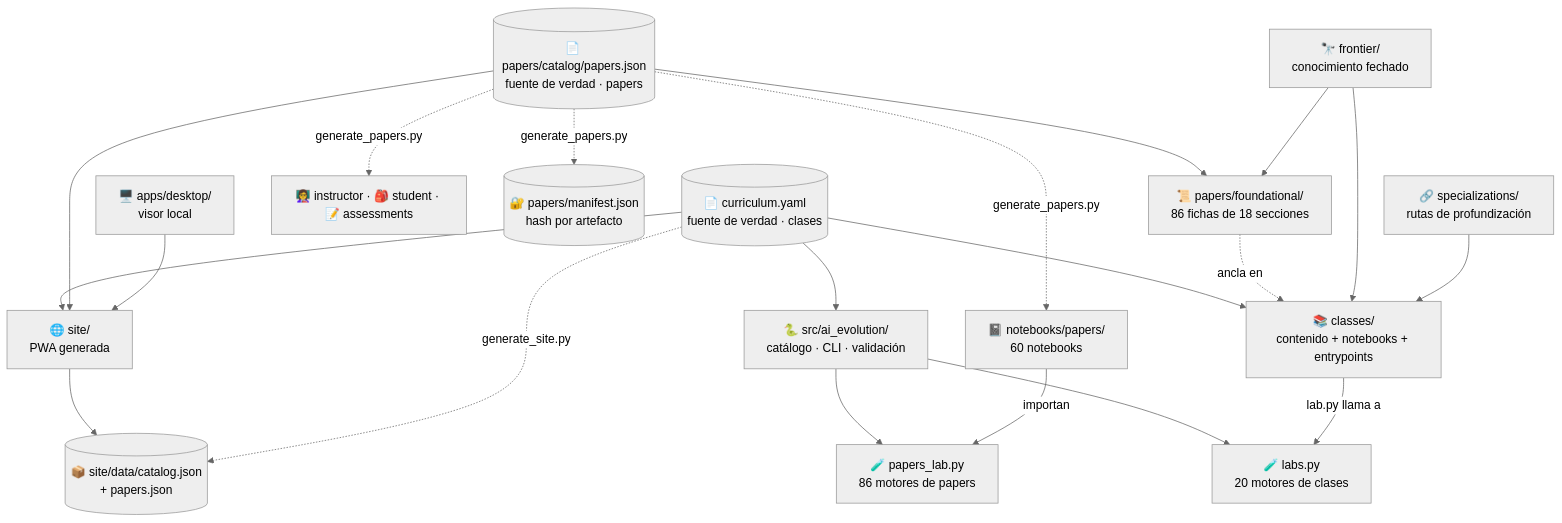
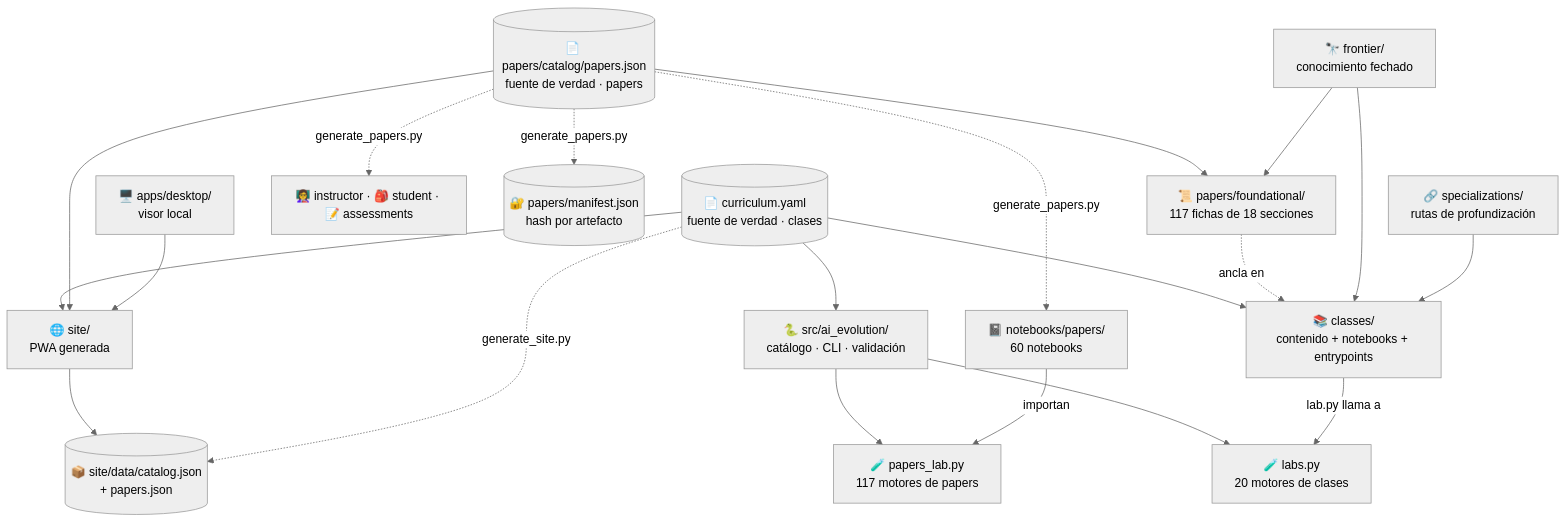
One commit to vladimiracunadev-create/artificial-intelligence-evolution-program changed the diagram in docs/ARCHITECTURE.md. Above: the diagram before and after it, drawn with Mermaid (neutral theme). The commit also changed other lines of this file and 347 other files, not shown here.

````diff
--- a/docs/ARCHITECTURE.md
+++ b/docs/ARCHITECTURE.md
@@ -9,24 +9,24 @@
 ```mermaid
 flowchart TD
     CUR[("📄 curriculum.yaml<br/>fuente de verdad · clases")] --> CLASSES["📚 classes/<br/>contenido + notebooks + entrypoints"]
     CUR --> SRC["🐍 src/ai_evolution/<br/>catálogo · CLI · validación"]
     CUR --> SITE["🌐 site/<br/>PWA generada"]
     SRC --> LABS["🧪 labs.py<br/>20 motores de clases"]
     CLASSES -->|"lab.py llama a"| LABS
 
-    PAP[("📄 papers/catalog/papers.json<br/>fuente de verdad · papers")] --> FICHAS["📜 papers/foundational/<br/>86 fichas de 18 secciones"]
+    PAP[("📄 papers/catalog/papers.json<br/>fuente de verdad · papers")] --> FICHAS["📜 papers/foundational/<br/>117 fichas de 18 secciones"]
     PAP -.->|"generate_papers.py"| NB["📓 notebooks/papers/<br/>60 notebooks"]
     PAP -.->|"generate_papers.py"| AULA["👩‍🏫 instructor · 🎒 student · 📝 assessments"]
     PAP -.->|"generate_papers.py"| MAN[("🔐 papers/manifest.json<br/>hash por artefacto")]
     PAP --> SITE
-    SRC --> PLABS["🧪 papers_lab.py<br/>86 motores de papers"]
+    SRC --> PLABS["🧪 papers_lab.py<br/>117 motores de papers"]
     NB -->|"importan"| PLABS
     FICHAS -.->|"ancla en"| CLASSES
 
     SITE --> CATALOG[("📦 site/data/catalog.json<br/>+ papers.json")]
     CUR -.->|"generate_site.py"| CATALOG
     DESK["🖥️ apps/desktop/<br/>visor local"] --> SITE
     FRONT["🔭 frontier/<br/>conocimiento fechado"] --> CLASSES
     FRONT --> FICHAS
     SPEC["🔗 specializations/<br/>rutas de profundización"] --> CLASSES
 ```
````
